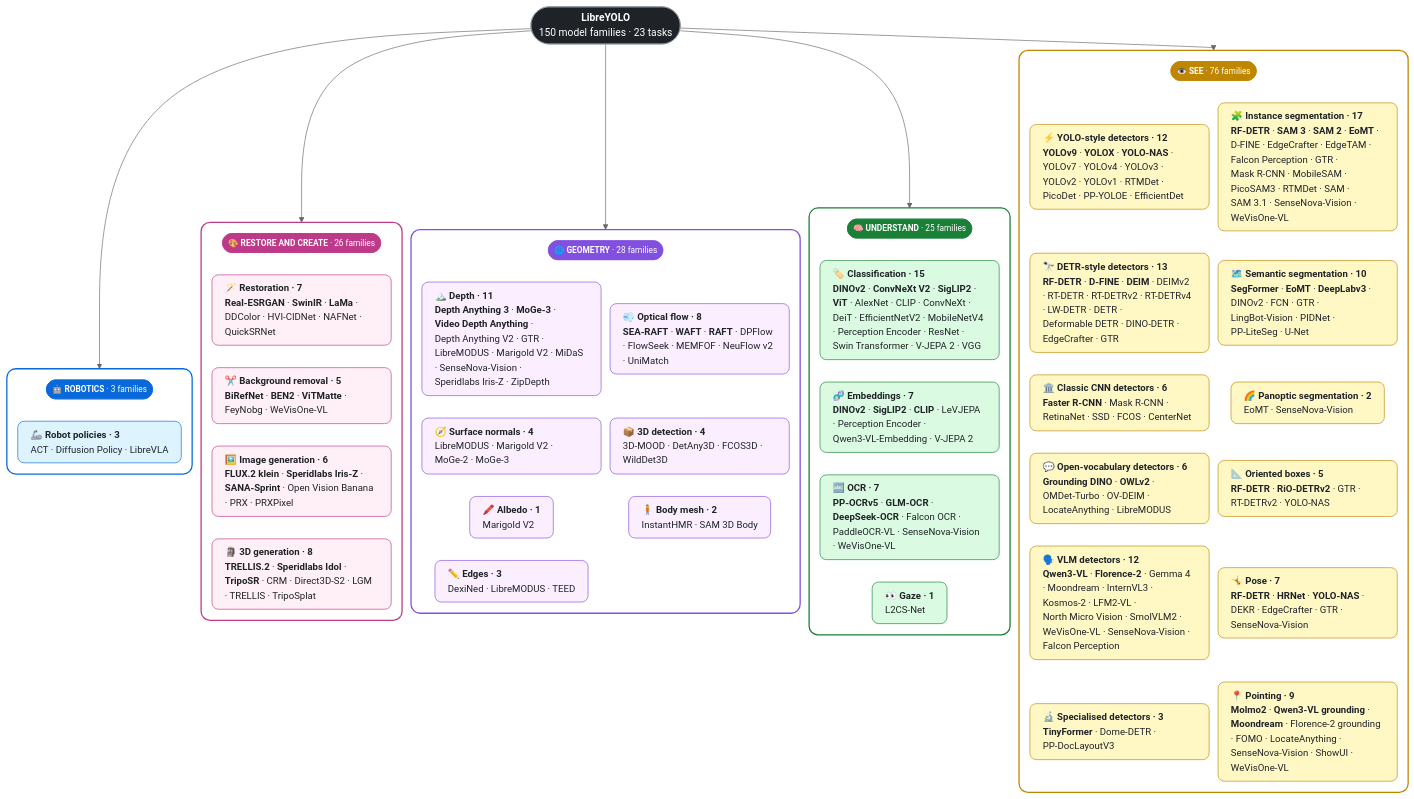
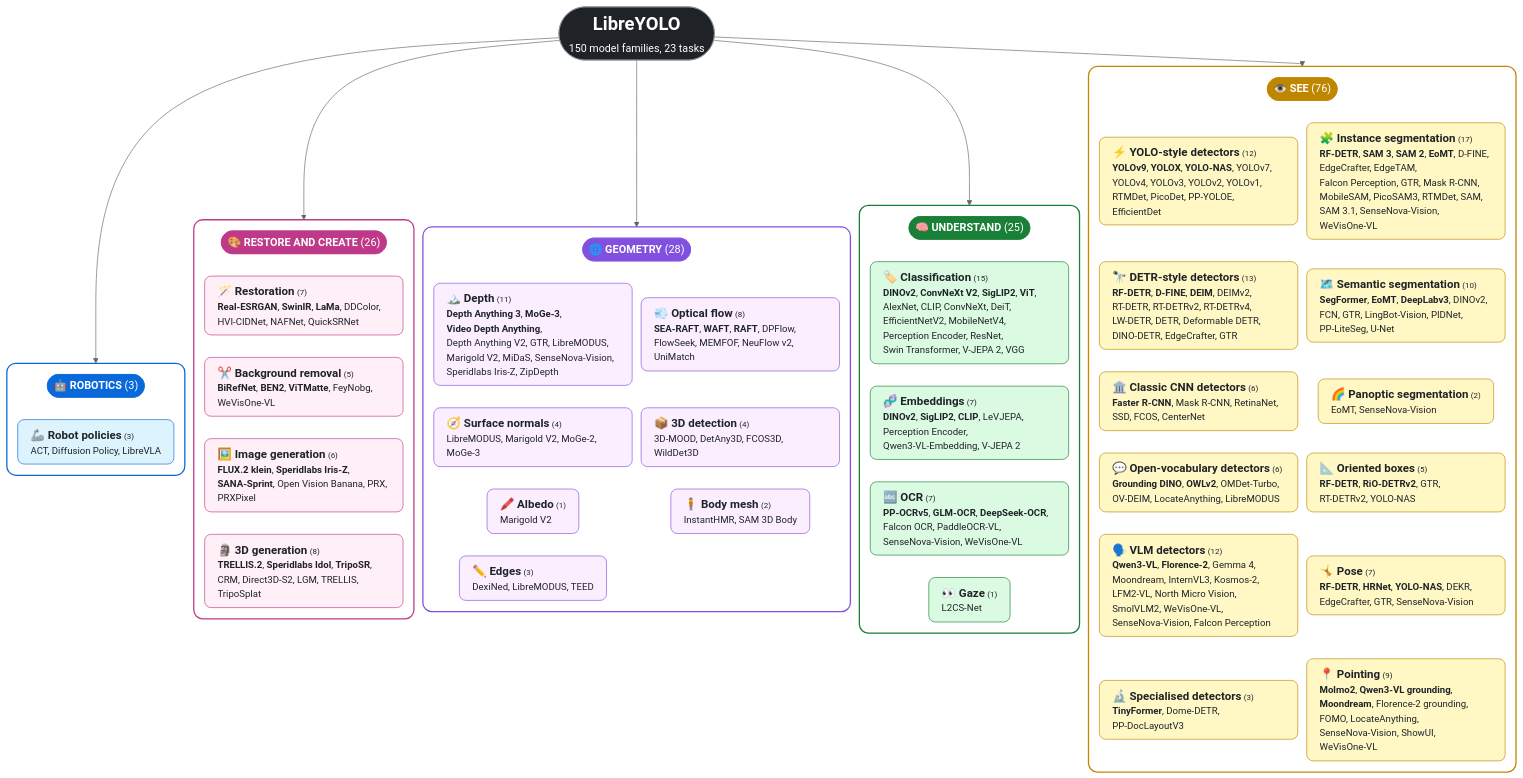
Before and after one commit to LibreYOLO/libreyolo: the diagram in README.md, drawn with Mermaid (neutral theme).

Commit message:
Model zoo: commas instead of middle dots, bigger titles and LibreYOLO

````diff
--- a/README.md
+++ b/README.md
@@ -161,81 +161,81 @@
 ```mermaid
-%%{init: {"flowchart": {"htmlLabels": true, "wrappingWidth": 240, "nodeSpacing": 14, "rankSpacing": 10, "padding": 10, "diagramPadding": 6, "curve": "basis"}}}%%
+%%{init: {"flowchart": {"htmlLabels": true, "wrappingWidth": 270, "nodeSpacing": 14, "rankSpacing": 10, "padding": 10, "diagramPadding": 6, "curve": "basis"}}}%%
 flowchart TB
-  ROOT(["<b>LibreYOLO</b><br/>150 model families · 23 tasks"])
+  ROOT(["<big><big><b>LibreYOLO</b></big></big><br/><small>150 model families, 23 tasks</small>"])
   subgraph C0[" "]
     direction TB
-    H0(["<b>👁️ SEE</b> · 76 families"])
-    T0_0_0["<b>⚡ YOLO-style detectors · 12</b><br/><b>YOLOv9</b> · <b>YOLOX</b> · <b>YOLO-⁠NAS</b> · YOLOv7 · YOLOv4 · YOLOv3 · YOLOv2 · YOLOv1 · RTMDet · PicoDet · PP-⁠YOLOE · EfficientDet"]:::c0
-    T0_0_1["<b>🔭 DETR-style detectors · 13</b><br/><b>RF-⁠DETR</b> · <b>D-⁠FINE</b> · <b>DEIM</b> · DEIMv2 · RT-⁠DETR · RT-⁠DETRv2 · RT-⁠DETRv4 · LW-⁠DETR · DETR · Deformable DETR · DINO-⁠DETR · EdgeCrafter · GTR"]:::c0
-    T0_0_2["<b>🏛️ Classic CNN detectors · 6</b><br/><b>Faster R-⁠CNN</b> · Mask R-⁠CNN · RetinaNet · SSD · FCOS · CenterNet"]:::c0
-    T0_0_3["<b>💬 Open-vocabulary detectors · 6</b><br/><b>Grounding DINO</b> · <b>OWLv2</b> · OMDet-⁠Turbo · OV-⁠DEIM · LocateAnything · LibreMODUS"]:::c0
-    T0_0_4["<b>🗣️ VLM detectors · 12</b><br/><b>Qwen3-⁠VL</b> · <b>Florence-⁠2</b> · Gemma 4 · Moondream · InternVL3 · Kosmos-⁠2 · LFM2-⁠VL · North Micro Vision · SmolVLM2 · WeVisOne-⁠VL · SenseNova-⁠Vision · Falcon Perception"]:::c0
-    T0_0_5["<b>🔬 Specialised detectors · 3</b><br/><b>TinyFormer</b> · Dome-⁠DETR · PP-⁠DocLayoutV3"]:::c0
+    H0(["<b>👁️ SEE</b> (76)"])
+    T0_0_0["<big><b>⚡ YOLO-style detectors</b></big> <small>(12)</small><br/><b>YOLOv9</b>, <b>YOLOX</b>, <b>YOLO-⁠NAS</b>, YOLOv7, YOLOv4, YOLOv3, YOLOv2, YOLOv1, RTMDet, PicoDet, PP-⁠YOLOE, EfficientDet"]:::c0
+    T0_0_1["<big><b>🔭 DETR-style detectors</b></big> <small>(13)</small><br/><b>RF-⁠DETR</b>, <b>D-⁠FINE</b>, <b>DEIM</b>, DEIMv2, RT-⁠DETR, RT-⁠DETRv2, RT-⁠DETRv4, LW-⁠DETR, DETR, Deformable DETR, DINO-⁠DETR, EdgeCrafter, GTR"]:::c0
+    T0_0_2["<big><b>🏛️ Classic CNN detectors</b></big> <small>(6)</small><br/><b>Faster R-⁠CNN</b>, Mask R-⁠CNN, RetinaNet, SSD, FCOS, CenterNet"]:::c0
+    T0_0_3["<big><b>💬 Open-vocabulary detectors</b></big> <small>(6)</small><br/><b>Grounding DINO</b>, <b>OWLv2</b>, OMDet-⁠Turbo, OV-⁠DEIM, LocateAnything, LibreMODUS"]:::c0
+    T0_0_4["<big><b>🗣️ VLM detectors</b></big> <small>(12)</small><br/><b>Qwen3-⁠VL</b>, <b>Florence-⁠2</b>, Gemma 4, Moondream, InternVL3, Kosmos-⁠2, LFM2-⁠VL, North Micro Vision, SmolVLM2, WeVisOne-⁠VL, SenseNova-⁠Vision, Falcon Perception"]:::c0
+    T0_0_5["<big><b>🔬 Specialised detectors</b></big> <small>(3)</small><br/><b>TinyFormer</b>, Dome-⁠DETR, PP-⁠DocLayoutV3"]:::c0
     H0 ~~~ T0_0_0 ~~~ T0_0_1 ~~~ T0_0_2 ~~~ T0_0_3 ~~~ T0_0_4 ~~~ T0_0_5
-    T0_1_0["<b>🧩 Instance segmentation · 17</b><br/><b>RF-⁠DETR</b> · <b>SAM 3</b> · <b>SAM 2</b> · <b>EoMT</b> · D-⁠FINE · EdgeCrafter · EdgeTAM · Falcon Perception · GTR · Mask R-⁠CNN · MobileSAM · PicoSAM3 · RTMDet · SAM · SAM 3.1 · SenseNova-⁠Vision · WeVisOne-⁠VL"]:::c0
-    T0_1_1["<b>🗺️ Semantic segmentation · 10</b><br/><b>SegFormer</b> · <b>EoMT</b> · <b>DeepLabv3</b> · DINOv2 · FCN · GTR · LingBot-⁠Vision · PIDNet · PP-⁠LiteSeg · U-⁠Net"]:::c0
-    T0_1_2["<b>🌈 Panoptic segmentation · 2</b><br/>EoMT · SenseNova-⁠Vision"]:::c0
-    T0_1_3["<b>📐 Oriented boxes · 5</b><br/><b>RF-⁠DETR</b> · <b>RiO-⁠DETRv2</b> · GTR · RT-⁠DETRv2 · YOLO-⁠NAS"]:::c0
-    T0_1_4["<b>🤸 Pose · 7</b><br/><b>RF-⁠DETR</b> · <b>HRNet</b> · <b>YOLO-⁠NAS</b> · DEKR · EdgeCrafter · GTR · SenseNova-⁠Vision"]:::c0
-    T0_1_5["<b>📍 Pointing · 9</b><br/><b>Molmo2</b> · <b>Qwen3-⁠VL grounding</b> · <b>Moondream</b> · Florence-⁠2 grounding · FOMO · LocateAnything · SenseNova-⁠Vision · ShowUI · WeVisOne-⁠VL"]:::c0
+    T0_1_0["<big><b>🧩 Instance segmentation</b></big> <small>(17)</small><br/><b>RF-⁠DETR</b>, <b>SAM 3</b>, <b>SAM 2</b>, <b>EoMT</b>, D-⁠FINE, EdgeCrafter, EdgeTAM, Falcon Perception, GTR, Mask R-⁠CNN, MobileSAM, PicoSAM3, RTMDet, SAM, SAM 3.1, SenseNova-⁠Vision, WeVisOne-⁠VL"]:::c0
+    T0_1_1["<big><b>🗺️ Semantic segmentation</b></big> <small>(10)</small><br/><b>SegFormer</b>, <b>EoMT</b>, <b>DeepLabv3</b>, DINOv2, FCN, GTR, LingBot-⁠Vision, PIDNet, PP-⁠LiteSeg, U-⁠Net"]:::c0
+    T0_1_2["<big><b>🌈 Panoptic segmentation</b></big> <small>(2)</small><br/>EoMT, SenseNova-⁠Vision"]:::c0
+    T0_1_3["<big><b>📐 Oriented boxes</b></big> <small>(5)</small><br/><b>RF-⁠DETR</b>, <b>RiO-⁠DETRv2</b>, GTR, RT-⁠DETRv2, YOLO-⁠NAS"]:::c0
+    T0_1_4["<big><b>🤸 Pose</b></big> <small>(7)</small><br/><b>RF-⁠DETR</b>, <b>HRNet</b>, <b>YOLO-⁠NAS</b>, DEKR, EdgeCrafter, GTR, SenseNova-⁠Vision"]:::c0
+    T0_1_5["<big><b>📍 Pointing</b></big> <small>(9)</small><br/><b>Molmo2</b>, <b>Qwen3-⁠VL grounding</b>, <b>Moondream</b>, Florence-⁠2 grounding, FOMO, LocateAnything, SenseNova-⁠Vision, ShowUI, WeVisOne-⁠VL"]:::c0
     H0 ~~~ T0_1_0 ~~~ T0_1_1 ~~~ T0_1_2 ~~~ T0_1_3 ~~~ T0_1_4 ~~~ T0_1_5
   end
   subgraph C1[" "]
     direction TB
-    H1(["<b>🧠 UNDERSTAND</b> · 25 families"])
-    T1_0_0["<b>🏷️ Classification · 15</b><br/><b>DINOv2</b> · <b>ConvNeXt V2</b> · <b>SigLIP2</b> · <b>ViT</b> · AlexNet · CLIP · ConvNeXt · DeiT · EfficientNetV2 · MobileNetV4 · Perception Encoder · ResNet · Swin Transformer · V-⁠JEPA 2 · VGG"]:::c1
-    T1_0_1["<b>🧬 Embeddings · 7</b><br/><b>DINOv2</b> · <b>SigLIP2</b> · <b>CLIP</b> · LeVJEPA · Perception Encoder · Qwen3-⁠VL-⁠Embedding · V-⁠JEPA 2"]:::c1
-    T1_0_2["<b>🔤 OCR · 7</b><br/><b>PP-⁠OCRv5</b> · <b>GLM-⁠OCR</b> · <b>DeepSeek-⁠OCR</b> · Falcon OCR · PaddleOCR-⁠VL · SenseNova-⁠Vision · WeVisOne-⁠VL"]:::c1
-    T1_0_3["<b>👀 Gaze · 1</b><br/>L2CS-⁠Net"]:::c1
+    H1(["<b>🧠 UNDERSTAND</b> (25)"])
+    T1_0_0["<big><b>🏷️ Classification</b></big> <small>(15)</small><br/><b>DINOv2</b>, <b>ConvNeXt V2</b>, <b>SigLIP2</b>, <b>ViT</b>, AlexNet, CLIP, ConvNeXt, DeiT, EfficientNetV2, MobileNetV4, Perception Encoder, ResNet, Swin Transformer, V-⁠JEPA 2, VGG"]:::c1
+    T1_0_1["<big><b>🧬 Embeddings</b></big> <small>(7)</small><br/><b>DINOv2</b>, <b>SigLIP2</b>, <b>CLIP</b>, LeVJEPA, Perception Encoder, Qwen3-⁠VL-⁠Embedding, V-⁠JEPA 2"]:::c1
+    T1_0_2["<big><b>🔤 OCR</b></big> <small>(7)</small><br/><b>PP-⁠OCRv5</b>, <b>GLM-⁠OCR</b>, <b>DeepSeek-⁠OCR</b>, Falcon OCR, PaddleOCR-⁠VL, SenseNova-⁠Vision, WeVisOne-⁠VL"]:::c1
+    T1_0_3["<big><b>👀 Gaze</b></big> <small>(1)</small><br/>L2CS-⁠Net"]:::c1
     H1 ~~~ T1_0_0 ~~~ T1_0_1 ~~~ T1_0_2 ~~~ T1_0_3
   end
   subgraph C2[" "]
     direction TB
-    H2(["<b>🌐 GEOMETRY</b> · 28 families"])
-    T2_0_0["<b>🏔️ Depth · 11</b><br/><b>Depth Anything 3</b> · <b>MoGe-⁠3</b> · <b>Video Depth Anything</b> · Depth Anything V2 · GTR · LibreMODUS · Marigold V2 · MiDaS · SenseNova-⁠Vision · Speridlabs Iris-⁠Z · ZipDepth"]:::c2
-    T2_0_1["<b>🧭 Surface normals · 4</b><br/>LibreMODUS · Marigold V2 · MoGe-⁠2 · MoGe-⁠3"]:::c2
-    T2_0_2["<b>🖍️ Albedo · 1</b><br/>Marigold V2"]:::c2
-    T2_0_3["<b>✏️ Edges · 3</b><br/>DexiNed · LibreMODUS · TEED"]:::c2
+    H2(["<b>🌐 GEOMETRY</b> (28)"])
+    T2_0_0["<big><b>🏔️ Depth</b></big> <small>(11)</small><br/><b>Depth Anything 3</b>, <b>MoGe-⁠3</b>, <b>Video Depth Anything</b>, Depth Anything V2, GTR, LibreMODUS, Marigold V2, MiDaS, SenseNova-⁠Vision, Speridlabs Iris-⁠Z, ZipDepth"]:::c2
+    T2_0_1["<big><b>🧭 Surface normals</b></big> <small>(4)</small><br/>LibreMODUS, Marigold V2, MoGe-⁠2, MoGe-⁠3"]:::c2
+    T2_0_2["<big><b>🖍️ Albedo</b></big> <small>(1)</small><br/>Marigold V2"]:::c2
+    T2_0_3["<big><b>✏️ Edges</b></big> <small>(3)</small><br/>DexiNed, LibreMODUS, TEED"]:::c2
     H2 ~~~ T2_0_0 ~~~ T2_0_1 ~~~ T2_0_2 ~~~ T2_0_3
-    T2_1_0["<b>💨 Optical flow · 8</b><br/><b>SEA-⁠RAFT</b> · <b>WAFT</b> · <b>RAFT</b> · DPFlow · FlowSeek · MEMFOF · NeuFlow v2 · UniMatch"]:::c2
-    T2_1_1["<b>📦 3D detection · 4</b><br/>3D-⁠MOOD · DetAny3D · FCOS3D · WildDet3D"]:::c2
-    T2_1_2["<b>🧍 Body mesh · 2</b><br/>InstantHMR · SAM 3D Body"]:::c2
+    T2_1_0["<big><b>💨 Optical flow</b></big> <small>(8)</small><br/><b>SEA-⁠RAFT</b>, <b>WAFT</b>, <b>RAFT</b>, DPFlow, FlowSeek, MEMFOF, NeuFlow v2, UniMatch"]:::c2
+    T2_1_1["<big><b>📦 3D detection</b></big> <small>(4)</small><br/>3D-⁠MOOD, DetAny3D, FCOS3D, WildDet3D"]:::c2
+    T2_1_2["<big><b>🧍 Body mesh</b></big> <small>(2)</small><br/>InstantHMR, SAM 3D Body"]:::c2
     H2 ~~~ T2_1_0 ~~~ T2_1_1 ~~~ T2_1_2
   end
   subgraph C3[" "]
     direction TB
-    H3(["<b>🎨 RESTORE AND CREATE</b> · 26 families"])
-    T3_0_0["<b>🪄 Restoration · 7</b><br/><b>Real-⁠ESRGAN</b> · <b>SwinIR</b> · <b>LaMa</b> · DDColor · HVI-⁠CIDNet · NAFNet · QuickSRNet"]:::c3
-    T3_0_1["<b>✂️ Background removal · 5</b><br/><b>BiRefNet</b> · <b>BEN2</b> · <b>ViTMatte</b> · FeyNobg · WeVisOne-⁠VL"]:::c3
-    T3_0_2["<b>🖼️ Image generation · 6</b><br/><b>FLUX.2 klein</b> · <b>Speridlabs Iris-⁠Z</b> · <b>SANA-⁠Sprint</b> · Open Vision Banana · PRX · PRXPixel"]:::c3
-    T3_0_3["<b>🗿 3D generation · 8</b><br/><b>TRELLIS.2</b> · <b>Speridlabs Idol</b> · <b>TripoSR</b> · CRM · Direct3D-⁠S2 · LGM · TRELLIS · TripoSplat"]:::c3
+    H3(["<b>🎨 RESTORE AND CREATE</b> (26)"])
+    T3_0_0["<big><b>🪄 Restoration</b></big> <small>(7)</small><br/><b>Real-⁠ESRGAN</b>, <b>SwinIR</b>, <b>LaMa</b>, DDColor, HVI-⁠CIDNet, NAFNet, QuickSRNet"]:::c3
+    T3_0_1["<big><b>✂️ Background removal</b></big> <small>(5)</small><br/><b>BiRefNet</b>, <b>BEN2</b>, <b>ViTMatte</b>, FeyNobg, WeVisOne-⁠VL"]:::c3
+    T3_0_2["<big><b>🖼️ Image generation</b></big> <small>(6)</small><br/><b>FLUX.2 klein</b>, <b>Speridlabs Iris-⁠Z</b>, <b>SANA-⁠Sprint</b>, Open Vision Banana, PRX, PRXPixel"]:::c3
+    T3_0_3["<big><b>🗿 3D generation</b></big> <small>(8)</small><br/><b>TRELLIS.2</b>, <b>Speridlabs Idol</b>, <b>TripoSR</b>, CRM, Direct3D-⁠S2, LGM, TRELLIS, TripoSplat"]:::c3
     H3 ~~~ T3_0_0 ~~~ T3_0_1 ~~~ T3_0_2 ~~~ T3_0_3
   end
   subgraph C4[" "]
     direction TB
-    H4(["<b>🤖 ROBOTICS</b> · 3 families"])
-    T4_0_0["<b>🦾 Robot policies · 3</b><br/>ACT · Diffusion Policy · LibreVLA"]:::c4
+    H4(["<b>🤖 ROBOTICS</b> (3)"])
+    T4_0_0["<big><b>🦾 Robot policies</b></big> <small>(3)</small><br/>ACT, Diffusion Policy, LibreVLA"]:::c4
     H4 ~~~ T4_0_0
   end
   ROOT --> H0
   ROOT --> H1
   ROOT --> H2
   ROOT --> H3
   ROOT --> H4
-  style ROOT fill:#1f2328,stroke:#8b949e,stroke-width:1px,color:#ffffff,font-size:16px
+  style ROOT fill:#1f2328,stroke:#8b949e,stroke-width:1px,color:#ffffff,font-size:20px
   classDef c0 fill:#fff8c5,stroke:#bf8700,stroke-width:1px,color:#1f2328,font-size:15px,text-align:left,rx:10,ry:10
   style C0 fill:transparent,stroke:#bf8700,stroke-width:2px,rx:14,ry:14
-  style H0 fill:#bf8700,stroke:#bf8700,color:#ffffff,font-size:13px
+  style H0 fill:#bf8700,stroke:#bf8700,color:#ffffff,font-size:17px
   classDef c1 fill:#dafbe1,stroke:#1a7f37,stroke-width:1px,color:#1f2328,font-size:15px,text-align:left,rx:10,ry:10
   style C1 fill:transparent,stroke:#1a7f37,stroke-width:2px,rx:14,ry:14
-  style H1 fill:#1a7f37,stroke:#1a7f37,color:#ffffff,font-size:13px
+  style H1 fill:#1a7f37,stroke:#1a7f37,color:#ffffff,font-size:17px
   classDef c2 fill:#fbefff,stroke:#8250df,stroke-width:1px,color:#1f2328,font-size:15px,text-align:left,rx:10,ry:10
   style C2 fill:transparent,stroke:#8250df,stroke-width:2px,rx:14,ry:14
-  style H2 fill:#8250df,stroke:#8250df,color:#ffffff,font-size:13px
+  style H2 fill:#8250df,stroke:#8250df,color:#ffffff,font-size:17px
   classDef c3 fill:#ffeff7,stroke:#bf3989,stroke-width:1px,color:#1f2328,font-size:15px,text-align:left,rx:10,ry:10
   style C3 fill:transparent,stroke:#bf3989,stroke-width:2px,rx:14,ry:14
-  style H3 fill:#bf3989,stroke:#bf3989,color:#ffffff,font-size:13px
+  style H3 fill:#bf3989,stroke:#bf3989,color:#ffffff,font-size:17px
   classDef c4 fill:#ddf4ff,stroke:#0969da,stroke-width:1px,color:#1f2328,font-size:15px,text-align:left,rx:10,ry:10
   style C4 fill:transparent,stroke:#0969da,stroke-width:2px,rx:14,ry:14
-  style H4 fill:#0969da,stroke:#0969da,color:#ffffff,font-size:13px
+  style H4 fill:#0969da,stroke:#0969da,color:#ffffff,font-size:17px
 ```
````
